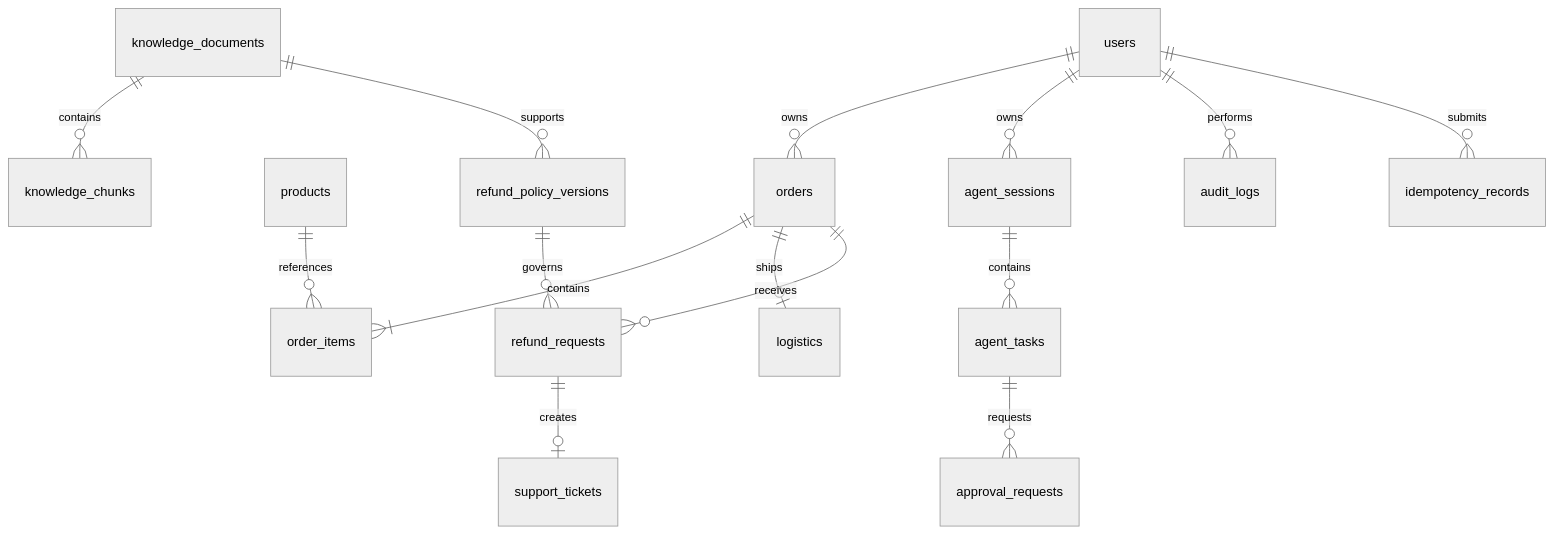
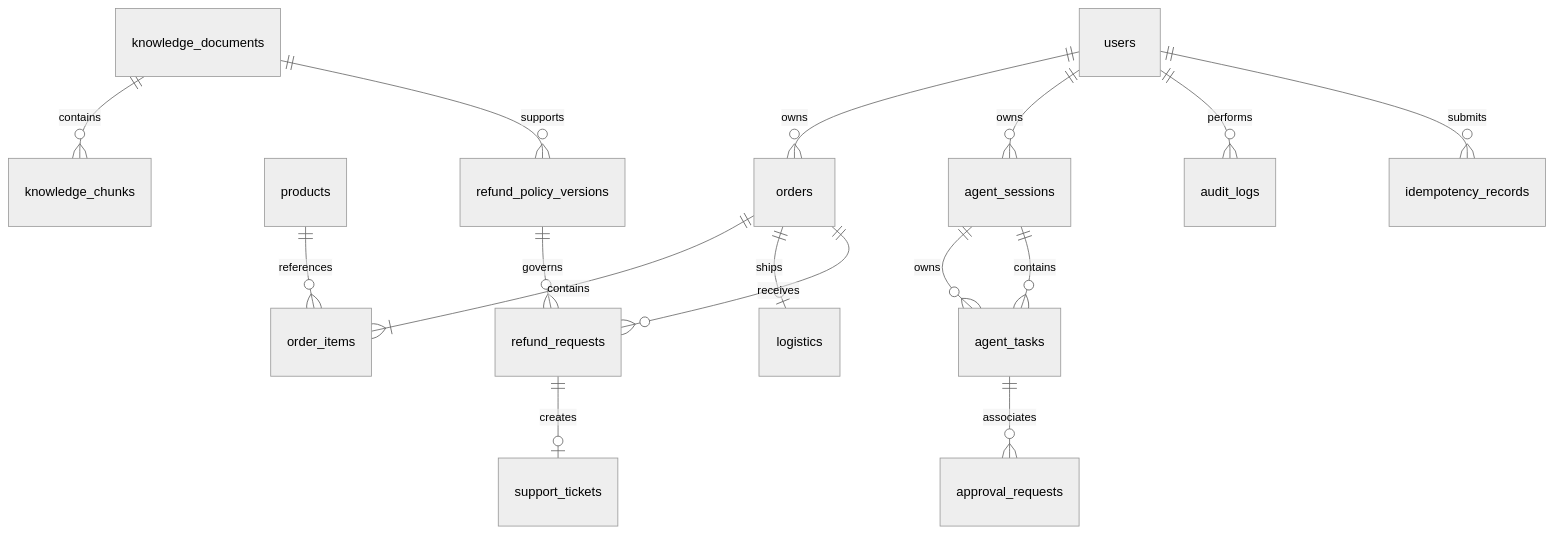
Before and after one commit to zjhwwwl/EnterpriseAgent: the second of 2 diagrams in docs/architecture.md, drawn with Mermaid (neutral theme). The commit also changed other lines of this file and 64 other files, not shown here.

````diff
--- a/docs/architecture.md
+++ b/docs/architecture.md
@@ -137,17 +71,18 @@
 ```mermaid
 erDiagram
     users ||--o{ orders : owns
     orders ||--|{ order_items : contains
     products ||--o{ order_items : references
     orders ||--o| logistics : ships
     orders ||--o{ refund_requests : receives
     refund_requests ||--o| support_tickets : creates
     refund_policy_versions ||--o{ refund_requests : governs
     knowledge_documents ||--o{ knowledge_chunks : contains
     knowledge_documents ||--o{ refund_policy_versions : supports
     users ||--o{ agent_sessions : owns
+    agent_sessions ||--o{ agent_tasks : owns
     agent_sessions ||--o{ agent_tasks : contains
-    agent_tasks ||--o{ approval_requests : requests
+    agent_tasks ||--o{ approval_requests : associates
     users ||--o{ audit_logs : performs
     users ||--o{ idempotency_records : submits
 ```
````
